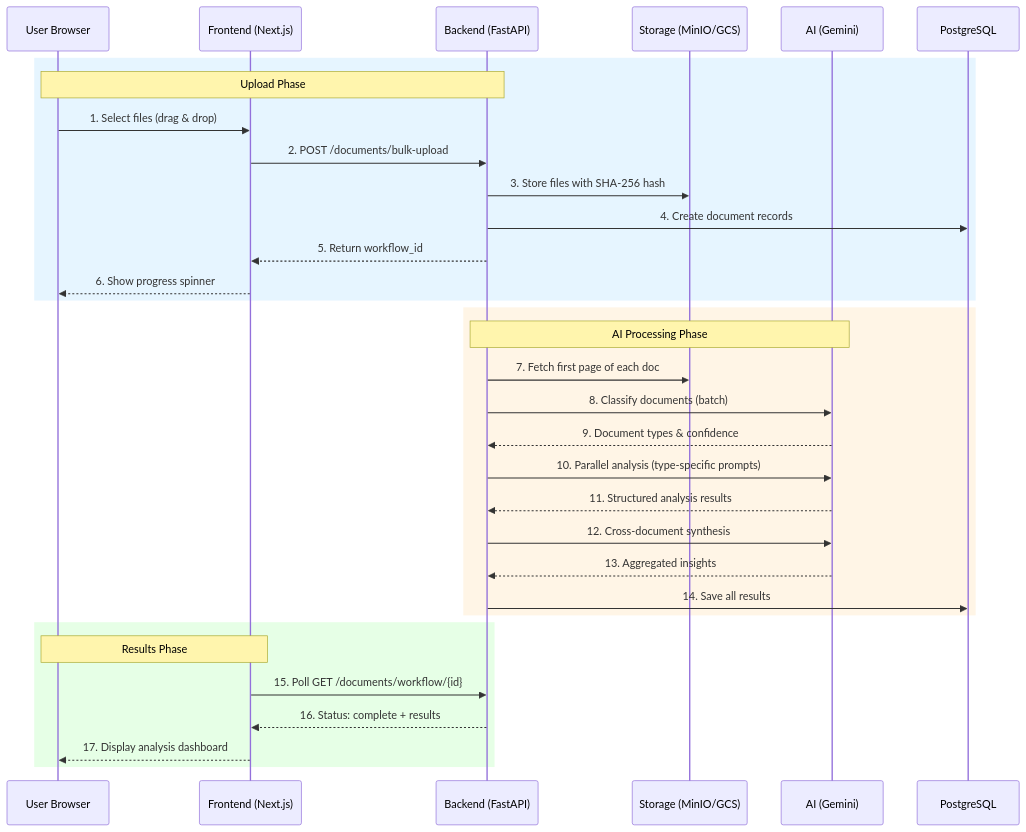
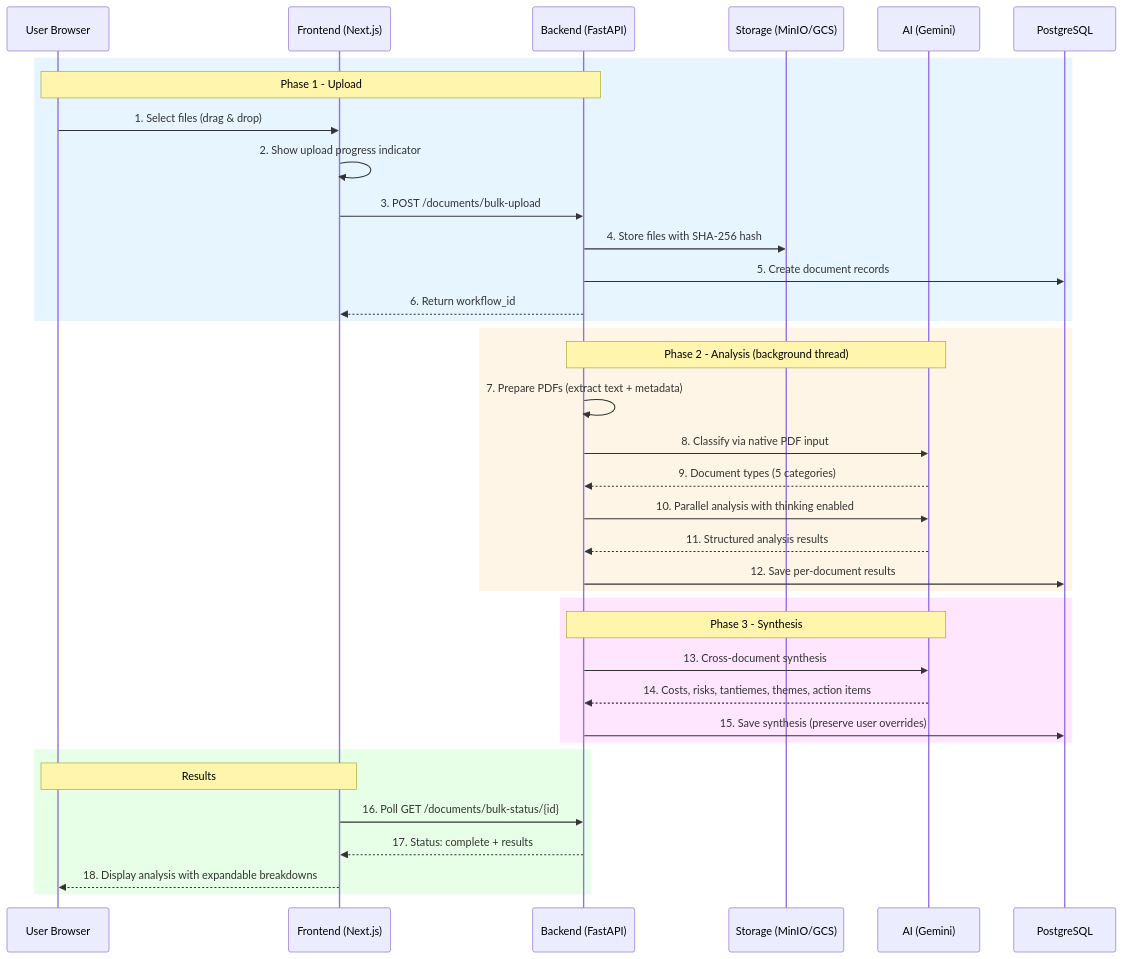
One commit to benjamin-karaoglan/AppArtAgent changed the first of 16 diagrams in docs/architecture/data-flow.md. Above: the diagram before and after it, drawn with Mermaid. The commit also changed other lines of this file and 10 other files, not shown here.

````diff
--- a/docs/architecture/data-flow.md
+++ b/docs/architecture/data-flow.md
@@ -9,38 +9,43 @@
 ```mermaid
 sequenceDiagram
     participant User as User Browser
     participant FE as Frontend (Next.js)
     participant BE as Backend (FastAPI)
     participant Store as Storage (MinIO/GCS)
     participant AI as AI (Gemini)
     participant DB as PostgreSQL
 
     rect rgb(230, 245, 255)
-        Note over User,BE: Upload Phase
+        Note over User,BE: Phase 1 - Upload
         User->>FE: 1. Select files (drag & drop)
-        FE->>BE: 2. POST /documents/bulk-upload
-        BE->>Store: 3. Store files with SHA-256 hash
-        BE->>DB: 4. Create document records
-        BE-->>FE: 5. Return workflow_id
-        FE-->>User: 6. Show progress spinner
+        FE->>FE: 2. Show upload progress indicator
+        FE->>BE: 3. POST /documents/bulk-upload
+        BE->>Store: 4. Store files with SHA-256 hash
+        BE->>DB: 5. Create document records
+        BE-->>FE: 6. Return workflow_id
     end
 
     rect rgb(255, 245, 230)
-        Note over BE,AI: AI Processing Phase
-        BE->>Store: 7. Fetch first page of each doc
-        BE->>AI: 8. Classify documents (batch)
-        AI-->>BE: 9. Document types & confidence
-        BE->>AI: 10. Parallel analysis (type-specific prompts)
+        Note over BE,AI: Phase 2 - Analysis (background thread)
+        BE->>BE: 7. Prepare PDFs (extract text + metadata)
+        BE->>AI: 8. Classify via native PDF input
+        AI-->>BE: 9. Document types (5 categories)
+        BE->>AI: 10. Parallel analysis with thinking enabled
         AI-->>BE: 11. Structured analysis results
-        BE->>AI: 12. Cross-document synthesis
-        AI-->>BE: 13. Aggregated insights
-        BE->>DB: 14. Save all results
+        BE->>DB: 12. Save per-document results
+    end
+
+    rect rgb(255, 230, 255)
+        Note over BE,AI: Phase 3 - Synthesis
+        BE->>AI: 13. Cross-document synthesis
+        AI-->>BE: 14. Costs, risks, tantiemes, themes, action items
+        BE->>DB: 15. Save synthesis (preserve user overrides)
     end
 
     rect rgb(230, 255, 230)
-        Note over User,FE: Results Phase
-        FE->>BE: 15. Poll GET /documents/workflow/{id}
-        BE-->>FE: 16. Status: complete + results
-        FE-->>User: 17. Display analysis dashboard
+        Note over User,FE: Results
+        FE->>BE: 16. Poll GET /documents/bulk-status/{id}
+        BE-->>FE: 17. Status: complete + results
+        FE-->>User: 18. Display analysis with expandable breakdowns
     end
 ```
````
